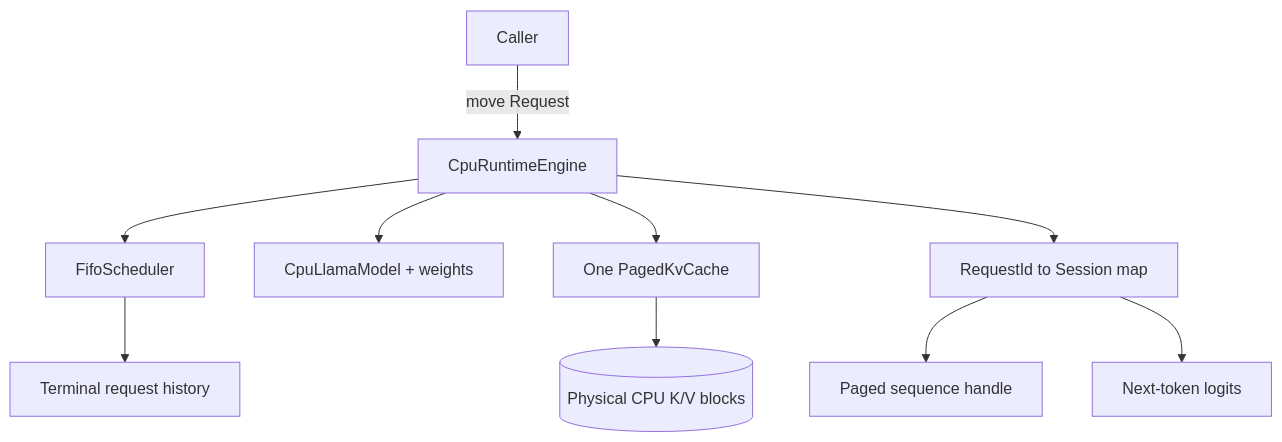
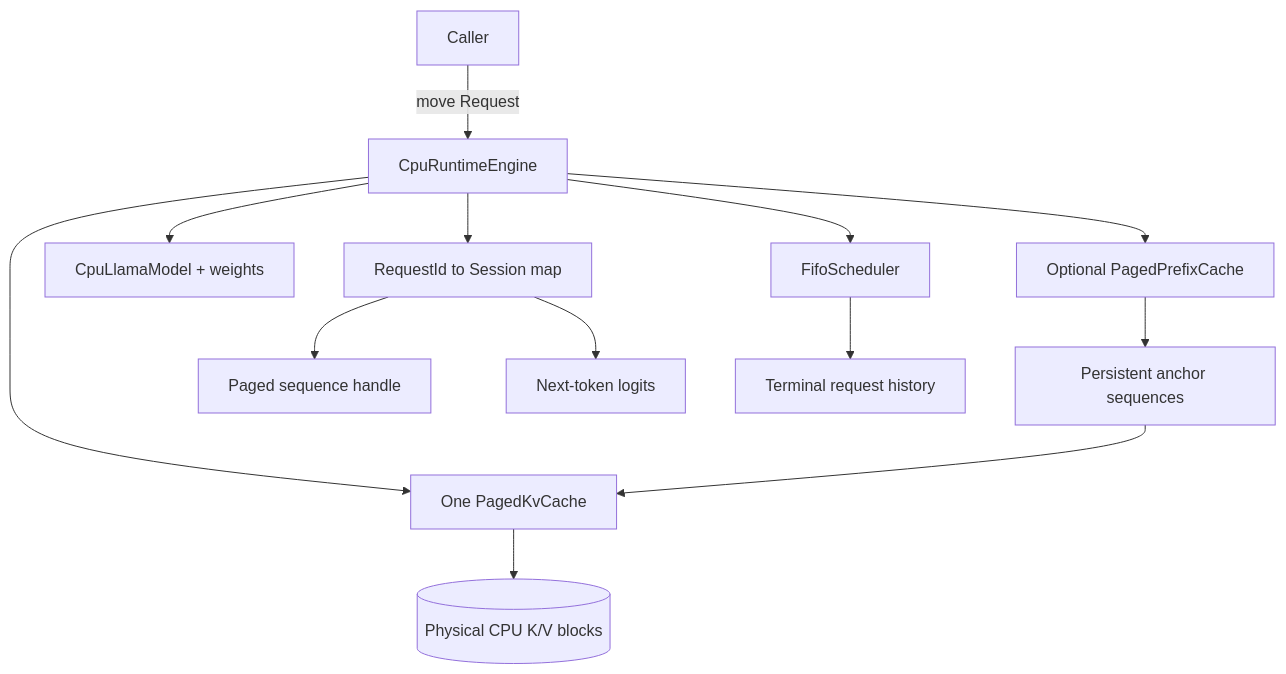
One commit to parthpandya5/helix-runtime changed the first of 2 diagrams in docs/RUNTIME.md. Above: the diagram before and after it, drawn with Mermaid. The commit also changed other lines of this file and 11 other files, not shown here.

Commit message:
docs(kv): complete prefix cache engineering record

````diff
--- a/docs/RUNTIME.md
+++ b/docs/RUNTIME.md
@@ -19,12 +26,15 @@
 ```mermaid
 flowchart TD
     Client[Caller] -->|move Request| Engine[CpuRuntimeEngine]
     Engine --> Scheduler[FifoScheduler]
     Engine --> Model[CpuLlamaModel + weights]
     Engine --> Pool[One PagedKvCache]
+    Engine --> Prefix[Optional PagedPrefixCache]
     Engine --> Sessions[RequestId to Session map]
+    Prefix --> Anchor[Persistent anchor sequences]
+    Anchor --> Pool
     Sessions --> Handle[Paged sequence handle]
     Sessions --> Logits[Next-token logits]
     Scheduler --> History[Terminal request history]
     Pool --> Blocks[(Physical CPU K/V blocks)]
 ```
````
